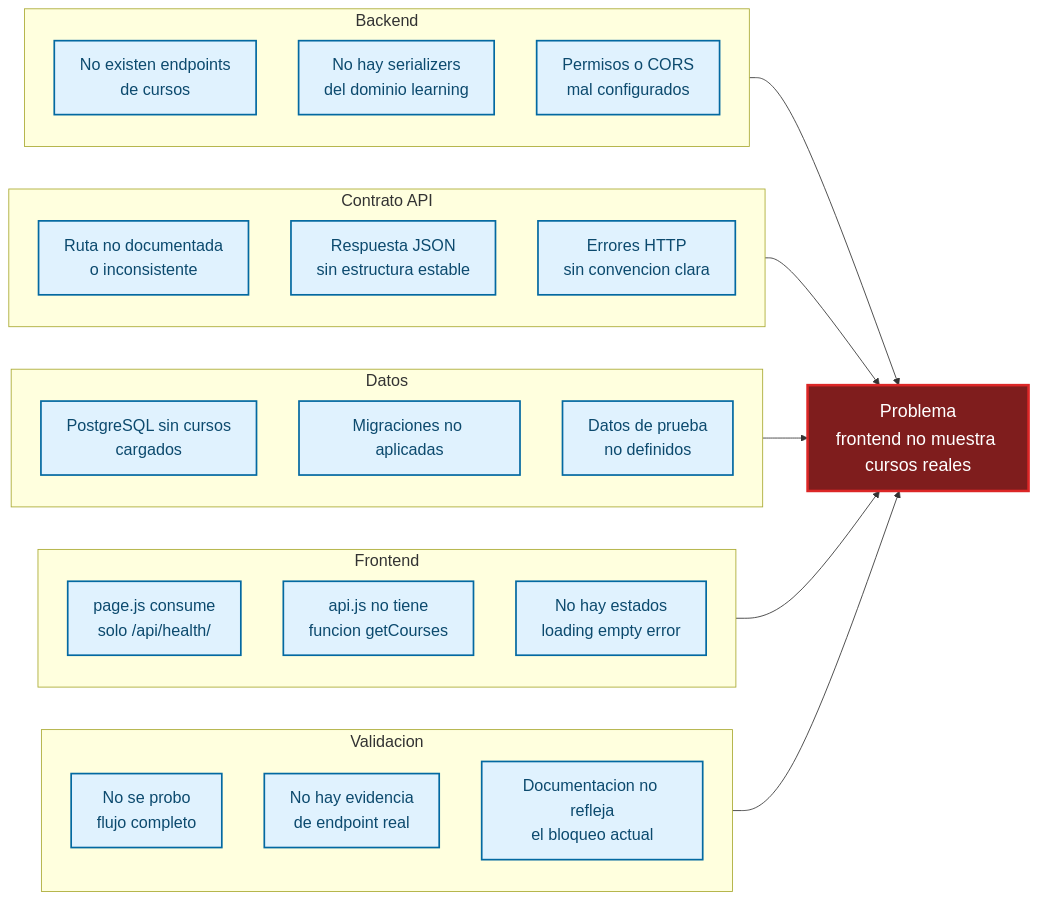
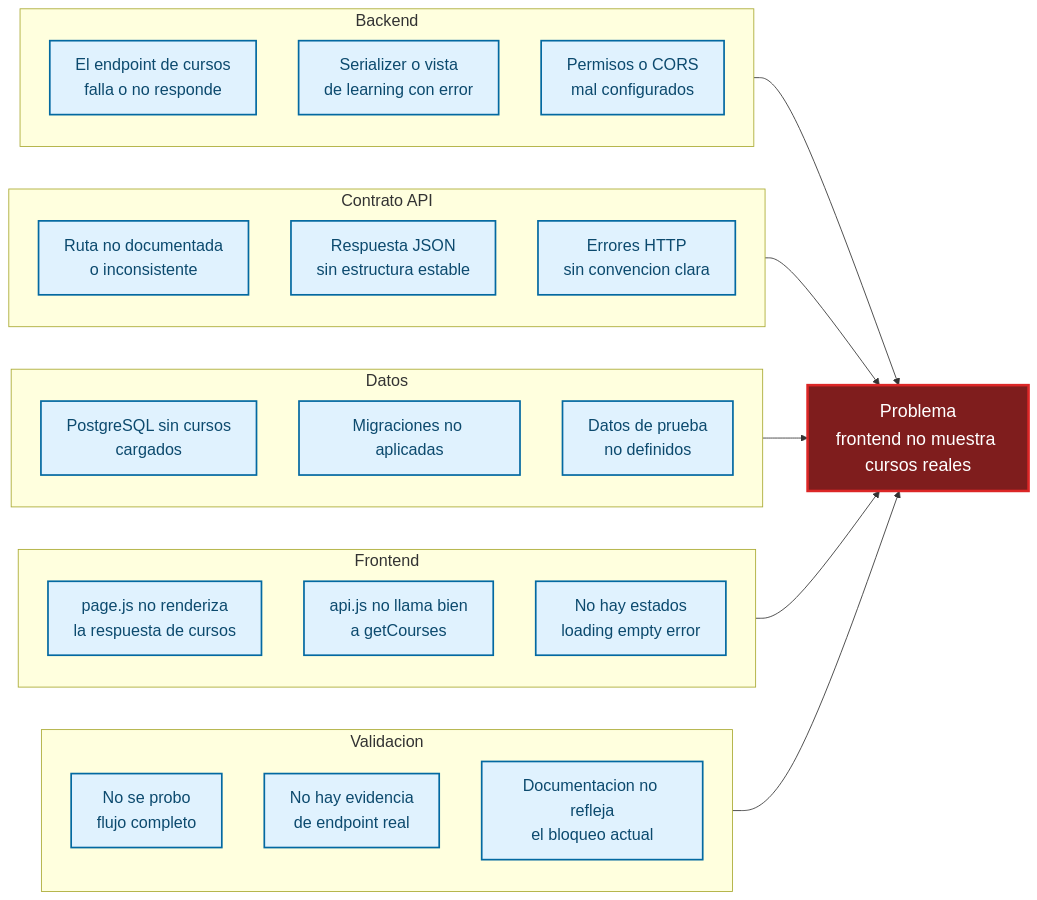
One commit to fcamusr/portafolio-e-learning-teologia changed the first of 3 diagrams in docs/quality/DIAGRAMS.md. Above: the diagram before and after it, drawn with Mermaid. The commit also changed other lines of this file and 34 other files, not shown here.

````diff
--- a/docs/quality/DIAGRAMS.md
+++ b/docs/quality/DIAGRAMS.md
@@ -13,47 +13,47 @@
 ```mermaid
 %%{init: {"themeVariables": {"fontSize": "19px", "fontFamily": "Arial"}}}%%
 flowchart LR
   Problem["Problema<br/>frontend no muestra cursos reales"]
 
   subgraph Backend["Backend"]
-    B1["No existen endpoints<br/>de cursos"]
-    B2["No hay serializers<br/>del dominio learning"]
+    B1["El endpoint de cursos<br/>falla o no responde"]
+    B2["Serializer o vista<br/>de learning con error"]
     B3["Permisos o CORS<br/>mal configurados"]
   end
 
   subgraph API["Contrato API"]
     A1["Ruta no documentada<br/>o inconsistente"]
     A2["Respuesta JSON<br/>sin estructura estable"]
     A3["Errores HTTP<br/>sin convencion clara"]
   end
 
   subgraph Datos["Datos"]
     D1["PostgreSQL sin cursos<br/>cargados"]
     D2["Migraciones no aplicadas"]
     D3["Datos de prueba<br/>no definidos"]
   end
 
   subgraph Frontend["Frontend"]
-    F1["page.js consume<br/>solo /api/health/"]
-    F2["api.js no tiene<br/>funcion getCourses"]
+    F1["page.js no renderiza<br/>la respuesta de cursos"]
+    F2["api.js no llama bien<br/>a getCourses"]
     F3["No hay estados<br/>loading empty error"]
   end
 
   subgraph QA["Validacion"]
     Q1["No se probo<br/>flujo completo"]
     Q2["No hay evidencia<br/>de endpoint real"]
     Q3["Documentacion no refleja<br/>el bloqueo actual"]
   end
 
   Backend --> Problem
   API --> Problem
   Datos --> Problem
   Frontend --> Problem
   QA --> Problem
 
   classDef problem fill:#7f1d1d,stroke:#dc2626,color:#ffffff,font-size:21px,stroke-width:3px
   classDef area fill:#e0f2fe,stroke:#0369a1,color:#0c4a6e,font-size:19px,stroke-width:2px
 
   class Problem problem
   class B1,B2,B3,A1,A2,A3,D1,D2,D3,F1,F2,F3,Q1,Q2,Q3 area
 ```
````
